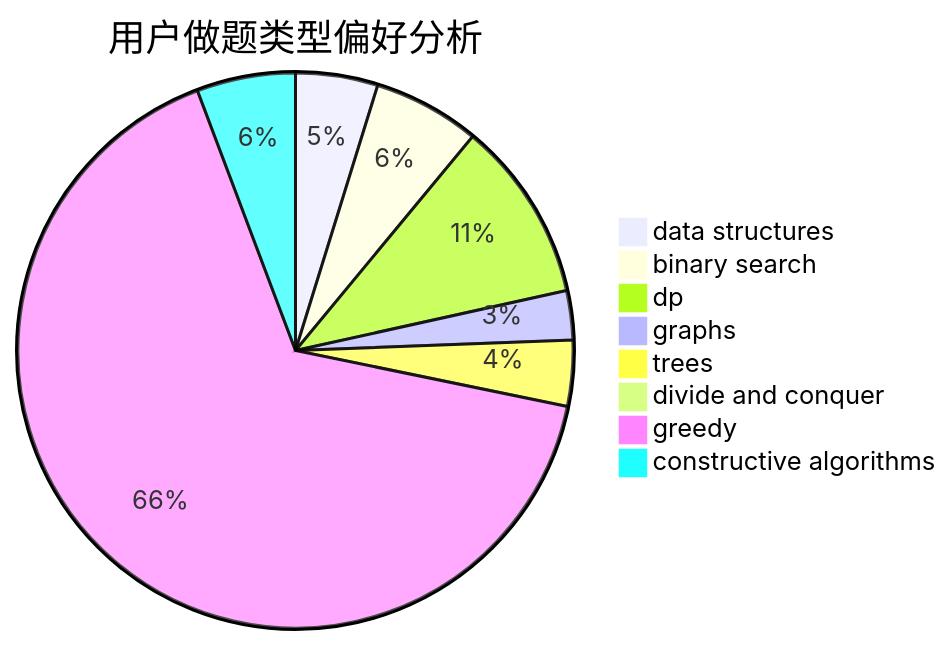
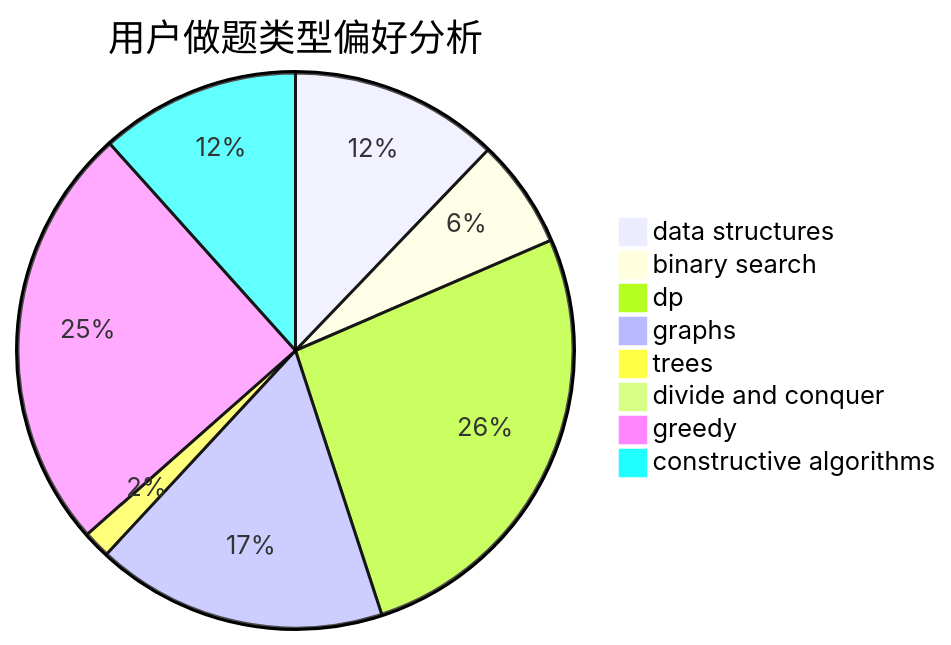
Before and after one commit to sherpahu/cfrs.github.io: the second of 3 diagrams in docs/user/u722.md, drawn with Mermaid. The commit also changed other lines of this file and 2770 other files, not shown here.

````diff
--- a/docs/user/u722.md
+++ b/docs/user/u722.md
@@ -23,11 +23,11 @@
 ```mermaid
 pie title 用户做题类型偏好分析
-    "data structures" :  10
-    "binary search" :  13
-    "dp" :  22
-    "graphs" :  6
-    "trees" :  8
-    "divide and conquer" :  0
-    "greedy" :  138
-    "constructive algorithms" :  12
+    "data structures" :  23
+    "binary search" :  12
+    "dp" :  50
+    "graphs" :  32
+    "trees" :  3
+    "divide and conquer" :  1
+    "greedy" :  47
+    "constructive algorithms" :  22
 ```
````
